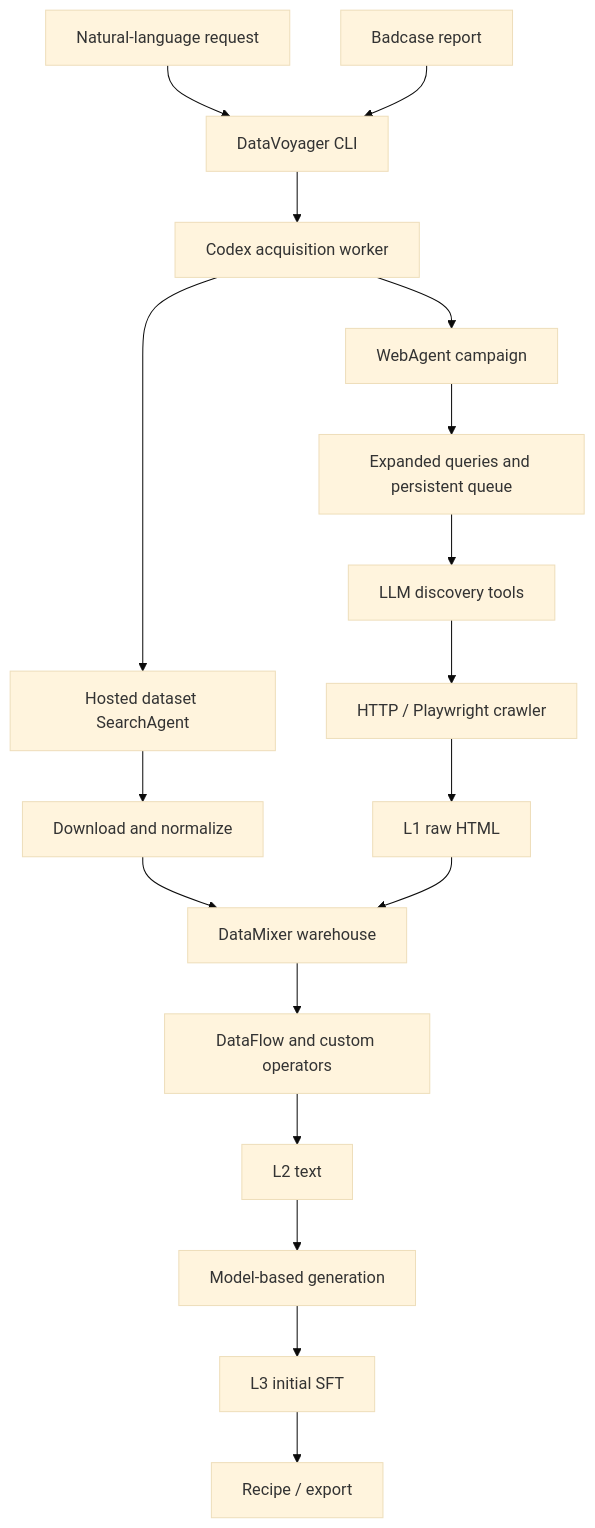
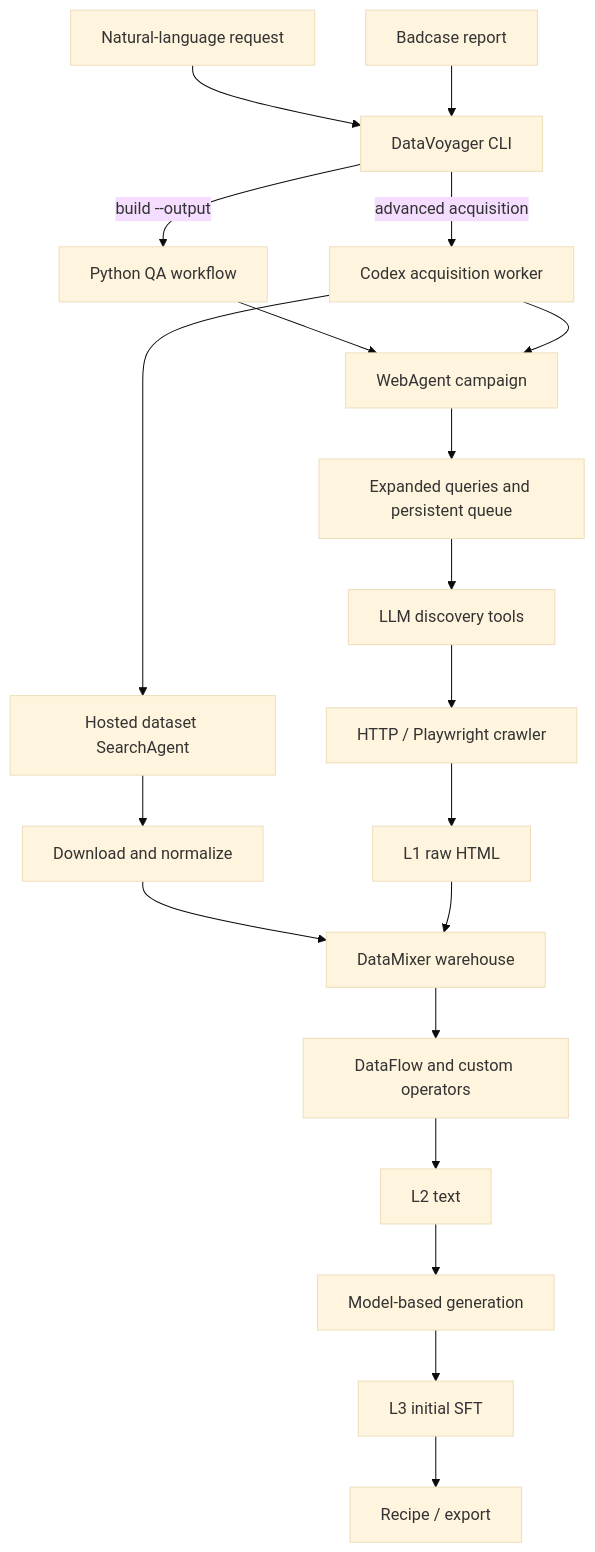
The diagram in docs/architecture.md (haolpku/DataVoyager), drawn with Mermaid (base theme) before and after one commit. The commit also changed other lines of this file and 15 other files, not shown here.

````diff
--- a/docs/architecture.md
+++ b/docs/architecture.md
@@ -6,20 +6,22 @@
 ```mermaid
 flowchart TD
     NL[Natural-language request] --> CLI[DataVoyager CLI]
     BC[Badcase report] --> CLI
-    CLI --> Worker[Codex acquisition worker]
+    CLI -->|build --output| QA[Python QA workflow]
+    QA --> Campaign
+    CLI -->|advanced acquisition| Worker[Codex acquisition worker]
     Worker --> Search[Hosted dataset SearchAgent]
     Worker --> Campaign[WebAgent campaign]
     Search --> Download[Download and normalize]
     Campaign --> Queue[Expanded queries and persistent queue]
     Queue --> Discover[LLM discovery tools]
     Discover --> Crawl[HTTP / Playwright crawler]
     Crawl --> L1[L1 raw HTML]
     Download --> Store[DataMixer warehouse]
     L1 --> Store
     Store --> Pipeline[DataFlow and custom operators]
     Pipeline --> L2[L2 text]
     L2 --> Generate[Model-based generation]
     Generate --> L3[L3 initial SFT]
     L3 --> Export[Recipe / export]
 ```
````
